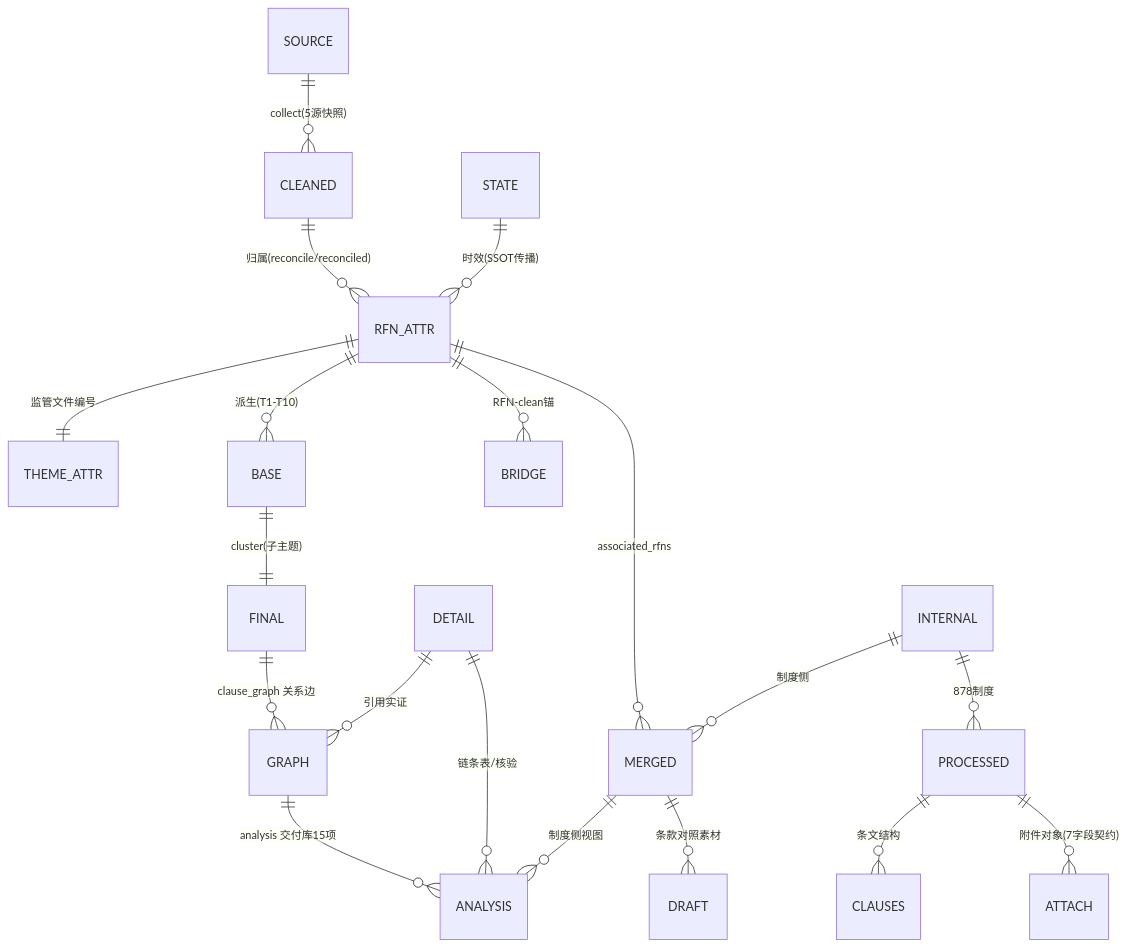
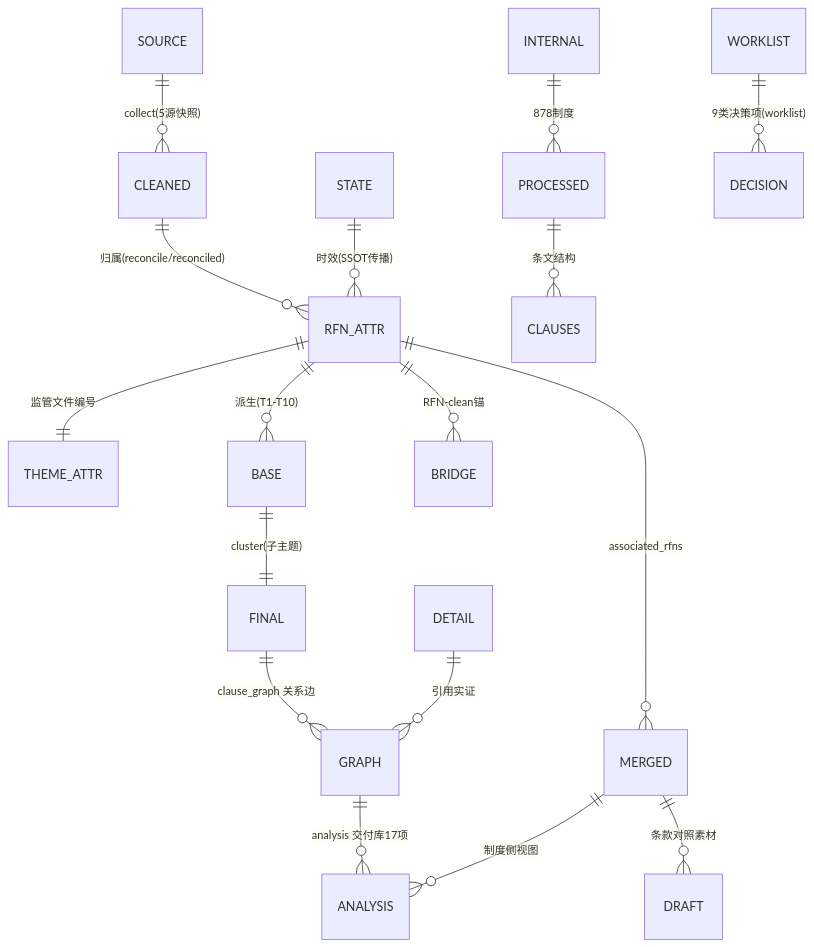
One commit to wangtierui/orchestrator changed the first of 2 diagrams in README.md. Above: the diagram before and after it, drawn with Mermaid. The commit also changed other lines of this file and 1 other file, not shown here.

````diff
--- a/README.md
+++ b/README.md
@@ -121,21 +141,19 @@
 ```mermaid
 erDiagram
     SOURCE ||--o{ CLEANED : "collect(5源快照)"
     CLEANED ||--o{ RFN_ATTR : "归属(reconcile/reconciled)"
     RFN_ATTR ||--|| THEME_ATTR : "监管文件编号"
     RFN_ATTR ||--o{ BASE : "派生(T1-T10)"
     BASE ||--|| FINAL : "cluster(子主题)"
     RFN_ATTR ||--o{ BRIDGE : "RFN-clean锚"
     STATE ||--o{ RFN_ATTR : "时效(SSOT传播)"
     INTERNAL ||--o{ PROCESSED : "878制度"
     PROCESSED ||--o{ CLAUSES : "条文结构"
-    PROCESSED ||--o{ ATTACH : "附件对象(7字段契约)"
     RFN_ATTR ||--o{ MERGED : "associated_rfns"
-    INTERNAL ||--o{ MERGED : "制度侧"
     MERGED ||--o{ DRAFT : "条款对照素材"
     FINAL ||--o{ GRAPH : "clause_graph 关系边"
     DETAIL ||--o{ GRAPH : "引用实证"
-    GRAPH ||--o{ ANALYSIS : "analysis 交付库15项"
-    DETAIL ||--o{ ANALYSIS : "链条表/核验"
+    GRAPH ||--o{ ANALYSIS : "analysis 交付库17项"
     MERGED ||--o{ ANALYSIS : "制度侧视图"
+    WORKLIST ||--o{ DECISION : "9类决策项(worklist)"
 ```
````
